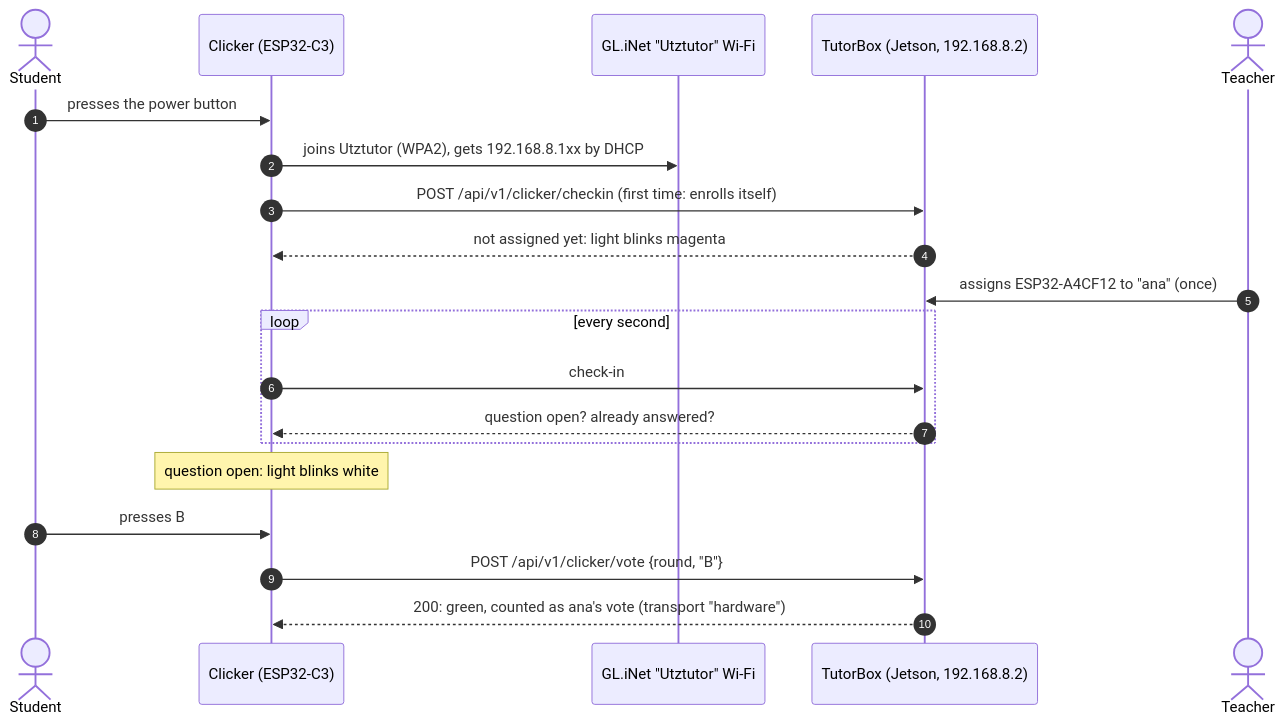
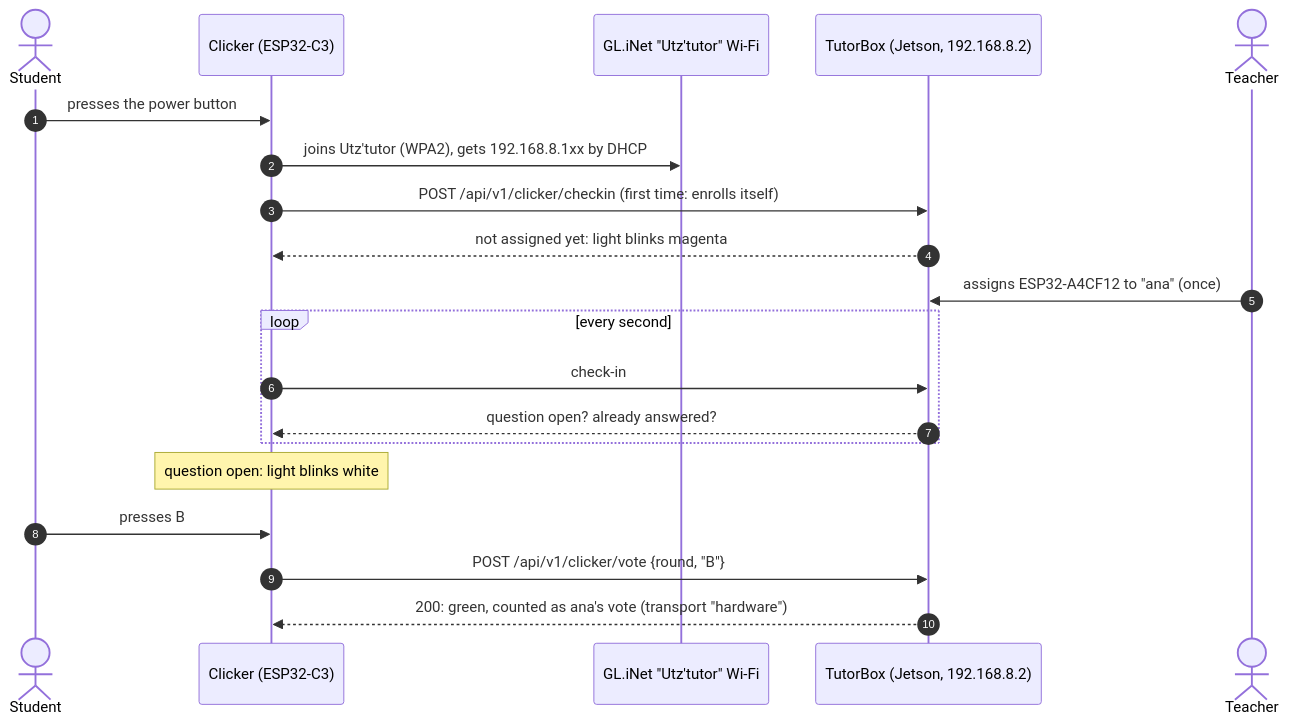
The first of 2 diagrams in firmware/clicker/README.md (GabGP/TutorBox), drawn with Mermaid before and after one commit. The commit also changed other lines of this file and 14 other files, not shown here.

Commit message:
refactor: name the classroom Wi-Fi Utz'tutor

````diff
--- a/firmware/clicker/README.md
+++ b/firmware/clicker/README.md
@@ -35,23 +35,23 @@
 ```mermaid
 sequenceDiagram
     autonumber
     actor Kid as Student
     participant C as Clicker (ESP32-C3)
-    participant R as GL.iNet "Utztutor" Wi-Fi
+    participant R as GL.iNet "Utz'tutor" Wi-Fi
     participant T as TutorBox (Jetson, 192.168.8.2)
     actor Teacher
 
     Kid->>C: presses the power button
-    C->>R: joins Utztutor (WPA2), gets 192.168.8.1xx by DHCP
+    C->>R: joins Utz'tutor (WPA2), gets 192.168.8.1xx by DHCP
     C->>T: POST /api/v1/clicker/checkin (first time: enrolls itself)
     T-->>C: not assigned yet: light blinks magenta
     Teacher->>T: assigns ESP32-A4CF12 to "ana" (once)
     loop every second
         C->>T: check-in
         T-->>C: question open? already answered?
     end
     Note over C: question open: light blinks white
     Kid->>C: presses B
     C->>T: POST /api/v1/clicker/vote {round, "B"}
     T-->>C: 200: green, counted as ana's vote (transport "hardware")
 ```
````
